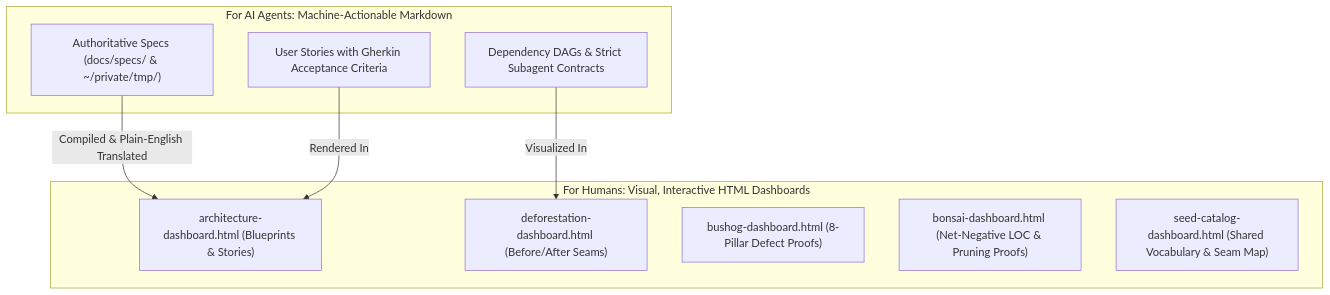
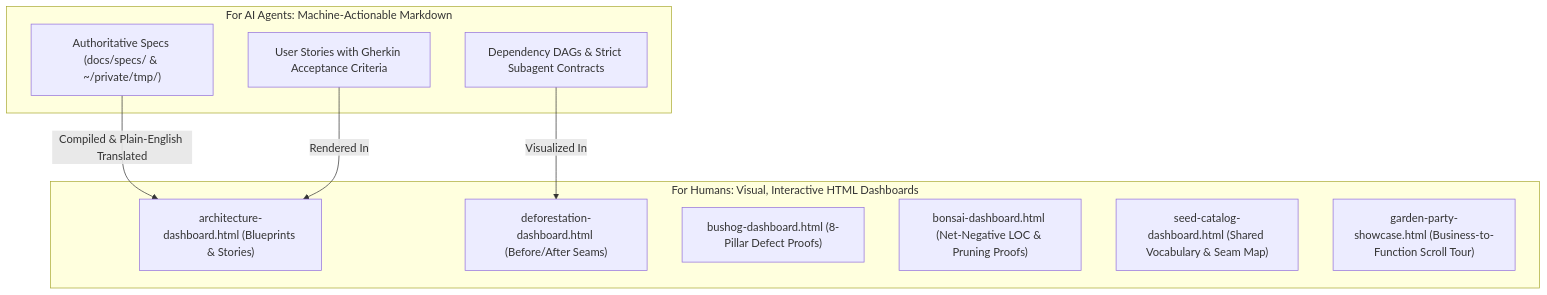
One commit to mcmxciillan/code-gardening changed the third of 3 diagrams in README.md. Above: the diagram before and after it, drawn with Mermaid. The commit also changed other lines of this file and 8 other files, not shown here.

Commit message:
feat(garden-party): add /garden-party progressive-depth executive-to-function HTML showcase skill (#2)

````diff
--- a/README.md
+++ b/README.md
@@ -102,20 +105,21 @@
 ```mermaid
 graph TD
     subgraph "For AI Agents: Machine-Actionable Markdown"
         A1["Authoritative Specs (docs/specs/ & ~/private/tmp/)"]
         A2["User Stories with Gherkin Acceptance Criteria"]
         A3["Dependency DAGs & Strict Subagent Contracts"]
     end
 
     subgraph "For Humans: Visual, Interactive HTML Dashboards"
         H1["architecture-dashboard.html (Blueprints & Stories)"]
         H2["deforestation-dashboard.html (Before/After Seams)"]
         H3["bushog-dashboard.html (8-Pillar Defect Proofs)"]
         H4["bonsai-dashboard.html (Net-Negative LOC & Pruning Proofs)"]
         H5["seed-catalog-dashboard.html (Shared Vocabulary & Seam Map)"]
+        H6["garden-party-showcase.html (Business-to-Function Scroll Tour)"]
     end
 
     A1 -->|Compiled & Plain-English Translated| H1
     A2 -->|Rendered In| H1
     A3 -->|Visualized In| H2
 ```
````
